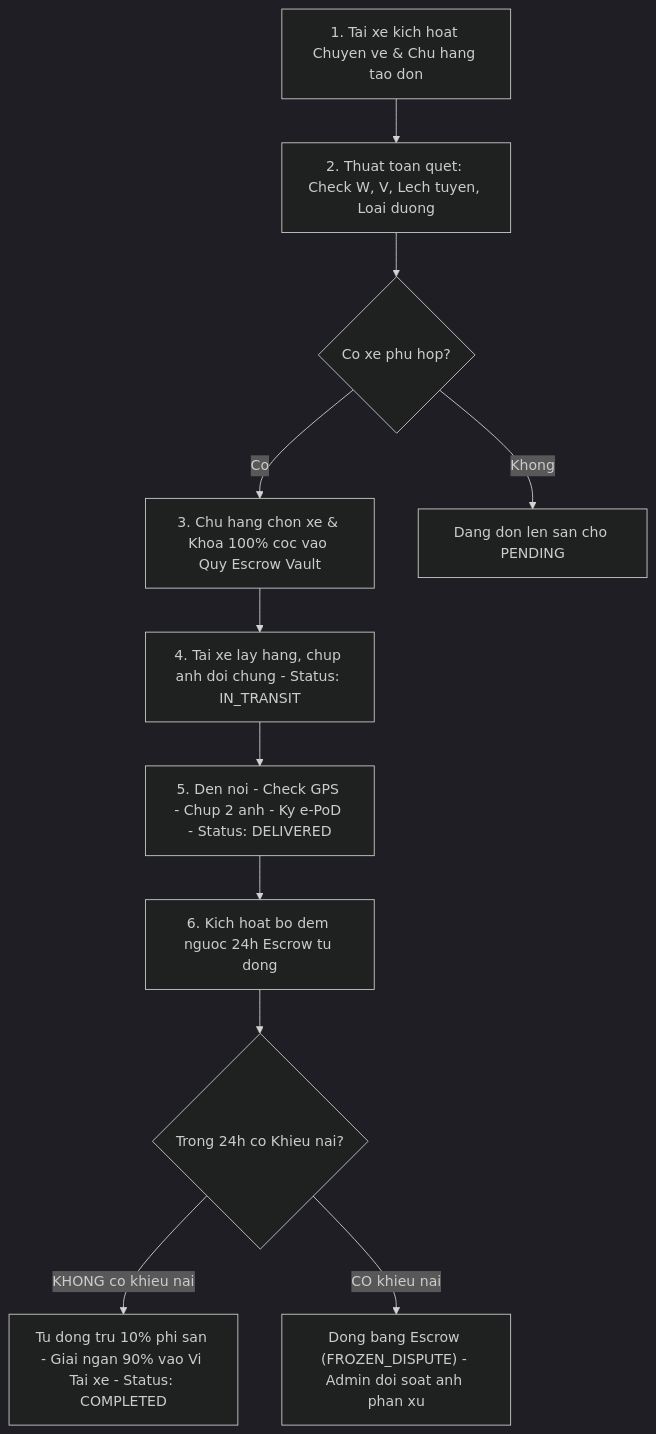
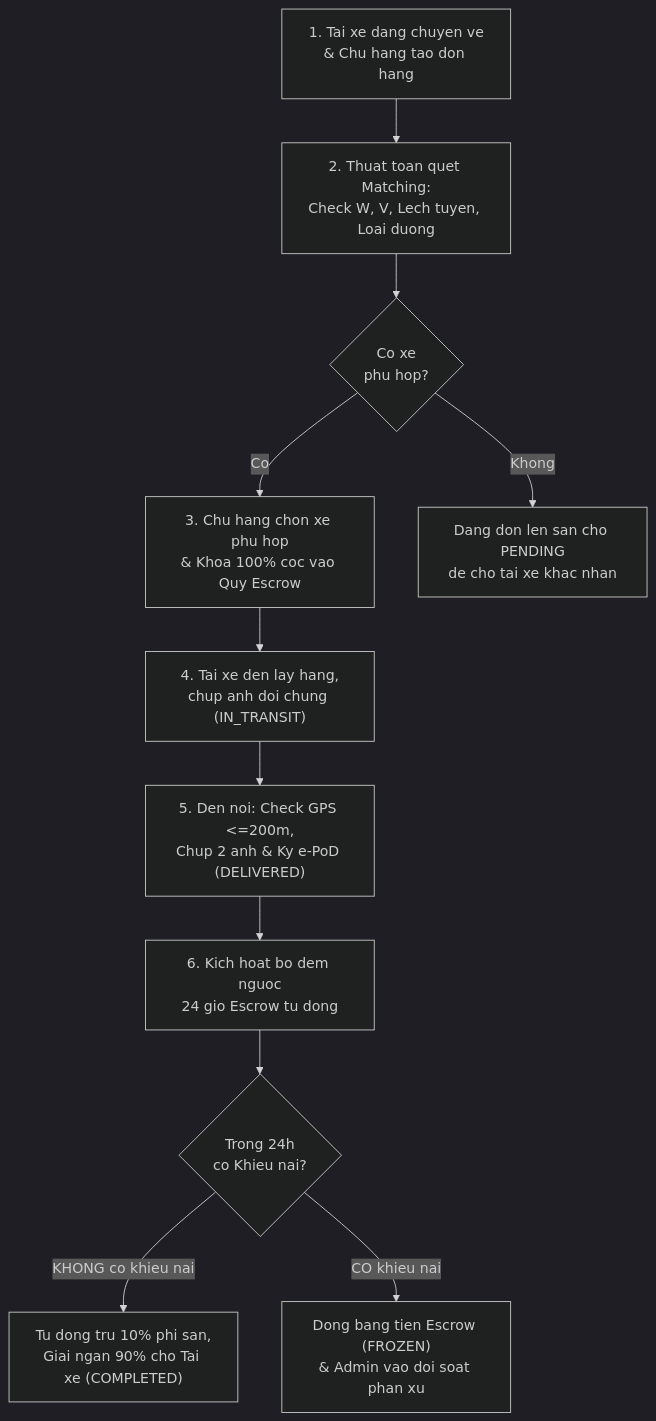
The second of 2 diagrams in README.md (phamhuyphuc20072000-byte/smart-freight-sharing-platform), drawn with Mermaid (dark theme) before and after one commit. The commit also changed other lines of this file, not shown here.

````diff
--- a/README.md
+++ b/README.md
@@ -53,13 +53,13 @@
 ```mermaid
 flowchart TD
-    A["1. Tai xe kich hoat Chuyen ve & Chu hang tao don"] --> B["2. Thuat toan quet: Check W, V, Lech tuyen, Loai duong"]
-    B --> C{"Co xe phu hop?"}
-    C -- Co --> D["3. Chu hang chon xe & Khoa 100% coc vao Quy Escrow Vault"]
-    C -- Khong --> E["Dang don len san cho PENDING"]
-    D --> F["4. Tai xe lay hang, chup anh doi chung - Status: IN_TRANSIT"]
-    F --> G["5. Den noi - Check GPS - Chup 2 anh - Ky e-PoD - Status: DELIVERED"]
-    G --> H["6. Kich hoat bo dem nguoc 24h Escrow tu dong"]
-    H --> I{"Trong 24h co Khieu nai?"}
-    I -- KHONG co khieu nai --> J["Tu dong tru 10% phi san - Giai ngan 90% vao Vi Tai xe - Status: COMPLETED"]
-    I -- CO khieu nai --> K["Dong bang Escrow (FROZEN_DISPUTE) - Admin doi soat anh phan xu"]
+    A["1. Tai xe dang chuyen ve<br/>& Chu hang tao don hang"] --> B["2. Thuat toan quet Matching:<br/>Check W, V, Lech tuyen, Loai duong"]
+    B --> C{"Co xe<br/>phu hop?"}
+    C -- Co --> D["3. Chu hang chon xe phu hop<br/>& Khoa 100% coc vao Quy Escrow"]
+    C -- Khong --> E["Dang don len san cho PENDING<br/>de cho tai xe khac nhan"]
+    D --> F["4. Tai xe den lay hang,<br/>chup anh doi chung (IN_TRANSIT)"]
+    F --> G["5. Den noi: Check GPS <=200m,<br/>Chup 2 anh & Ky e-PoD (DELIVERED)"]
+    G --> H["6. Kich hoat bo dem nguoc<br/>24 gio Escrow tu dong"]
+    H --> I{"Trong 24h<br/>co Khieu nai?"}
+    I -- KHONG co khieu nai --> J["Tu dong tru 10% phi san,<br/>Giai ngan 90% cho Tai xe (COMPLETED)"]
+    I -- CO khieu nai --> K["Dong bang tien Escrow (FROZEN)<br/>& Admin vao doi soat phan xu"]
 ```
````
